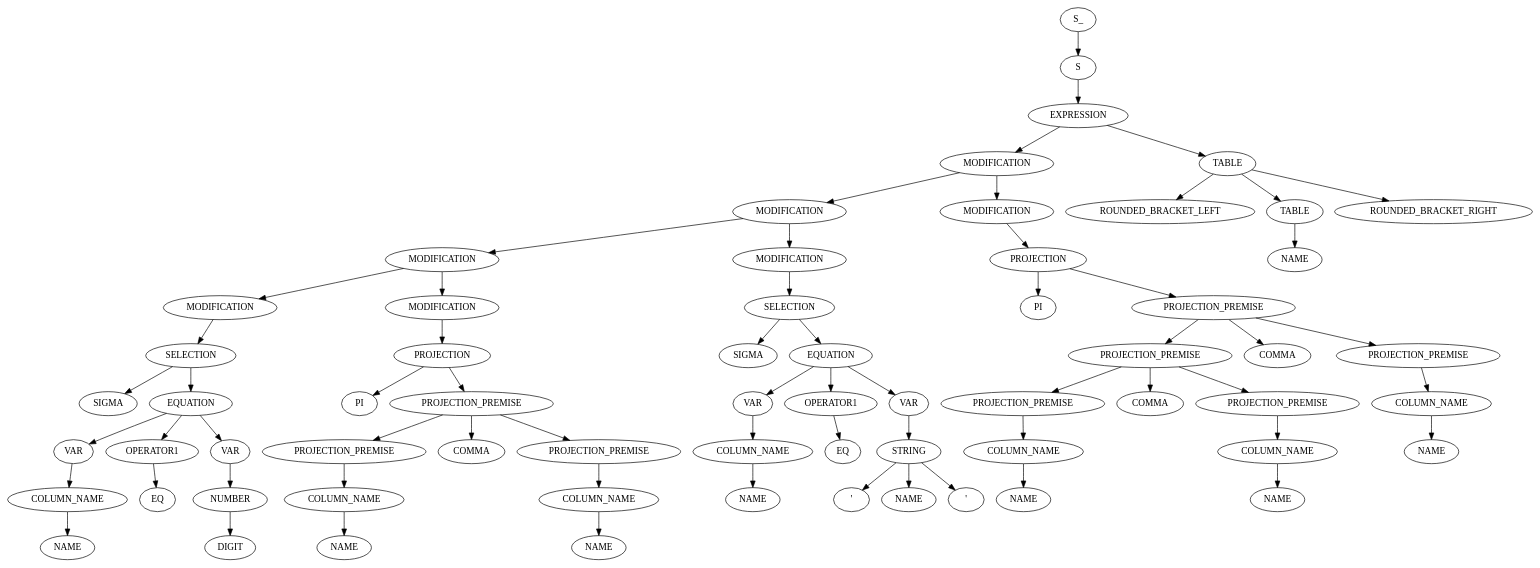
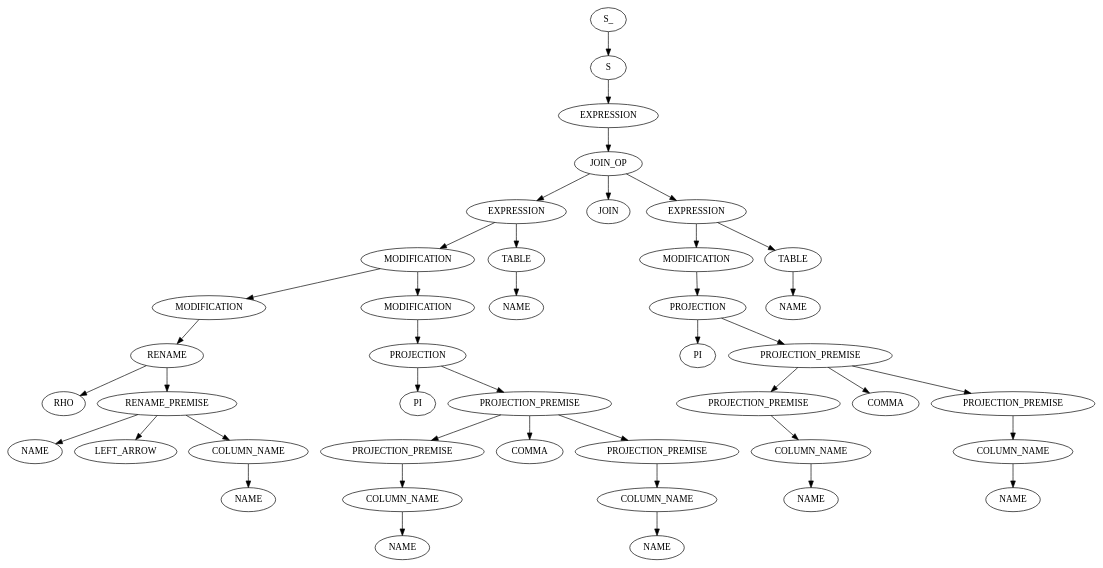
One commit to RobbeNooyens/RATSQL changed the diagram in output/out.dot. Above: the diagram before and after it, drawn with Graphviz. The commit also changed 4 other files, not shown here.

```diff
--- a/output/out.dot
+++ b/output/out.dot
@@ -1,129 +1,85 @@
 digraph ParseTree {
   0 [label="S_"];
   0 -> 1
   1 [label="S"];
   1 -> 2
   2 [label="EXPRESSION"];
   2 -> 3
-  3 [label="MODIFICATION"];
+  3 [label="JOIN_OP"];
   3 -> 4
-  4 [label="MODIFICATION"];
+  4 [label="EXPRESSION"];
   4 -> 5
   5 [label="MODIFICATION"];
   5 -> 6
   6 [label="MODIFICATION"];
   6 -> 7
-  7 [label="SELECTION"];
+  7 [label="RENAME"];
   7 -> 8
-  8 [label="SIGMA"];
+  8 [label="RHO"];
   7 -> 9
-  9 [label="EQUATION"];
+  9 [label="RENAME_PREMISE"];
   9 -> 10
-  10 [label="VAR"];
-  10 -> 11
-  11 [label="COLUMN_NAME"];
-  11 -> 12
-  12 [label="NAME"];
-  9 -> 13
-  13 [label="OPERATOR1"];
-  13 -> 14
-  14 [label="EQ"];
-  9 -> 15
-  15 [label="VAR"];
+  10 [label="NAME"];
+  9 -> 11
+  11 [label="LEFT_ARROW"];
+  9 -> 12
+  12 [label="COLUMN_NAME"];
+  12 -> 13
+  13 [label="NAME"];
+  5 -> 14
+  14 [label="MODIFICATION"];
+  14 -> 15
+  15 [label="PROJECTION"];
   15 -> 16
-  16 [label="NUMBER"];
-  16 -> 17
-  17 [label="DIGIT"];
-  5 -> 18
-  18 [label="MODIFICATION"];
+  16 [label="PI"];
+  15 -> 17
+  17 [label="PROJECTION_PREMISE"];
+  17 -> 18
+  18 [label="PROJECTION_PREMISE"];
   18 -> 19
-  19 [label="PROJECTION"];
+  19 [label="COLUMN_NAME"];
   19 -> 20
-  20 [label="PI"];
-  19 -> 21
-  21 [label="PROJECTION_PREMISE"];
-  21 -> 22
+  20 [label="NAME"];
+  17 -> 21
+  21 [label="COMMA"];
+  17 -> 22
   22 [label="PROJECTION_PREMISE"];
   22 -> 23
   23 [label="COLUMN_NAME"];
   23 -> 24
   24 [label="NAME"];
-  21 -> 25
-  25 [label="COMMA"];
-  21 -> 26
-  26 [label="PROJECTION_PREMISE"];
-  26 -> 27
-  27 [label="COLUMN_NAME"];
-  27 -> 28
-  28 [label="NAME"];
-  4 -> 29
+  4 -> 25
+  25 [label="TABLE"];
+  25 -> 26
+  26 [label="NAME"];
+  3 -> 27
+  27 [label="JOIN"];
+  3 -> 28
+  28 [label="EXPRESSION"];
+  28 -> 29
   29 [label="MODIFICATION"];
   29 -> 30
-  30 [label="SELECTION"];
+  30 [label="PROJECTION"];
   30 -> 31
-  31 [label="SIGMA"];
+  31 [label="PI"];
   30 -> 32
-  32 [label="EQUATION"];
+  32 [label="PROJECTION_PREMISE"];
   32 -> 33
-  33 [label="VAR"];
+  33 [label="PROJECTION_PREMISE"];
   33 -> 34
   34 [label="COLUMN_NAME"];
   34 -> 35
   35 [label="NAME"];
   32 -> 36
-  36 [label="OPERATOR1"];
-  36 -> 37
-  37 [label="EQ"];
-  32 -> 38
-  38 [label="VAR"];
+  36 [label="COMMA"];
+  32 -> 37
+  37 [label="PROJECTION_PREMISE"];
+  37 -> 38
+  38 [label="COLUMN_NAME"];
   38 -> 39
-  39 [label="STRING"];
-  39 -> 40
-  40 [label="'"];
-  39 -> 41
+  39 [label="NAME"];
+  28 -> 40
+  40 [label="TABLE"];
+  40 -> 41
   41 [label="NAME"];
-  39 -> 42
-  42 [label="'"];
-  3 -> 43
-  43 [label="MODIFICATION"];
-  43 -> 44
-  44 [label="PROJECTION"];
-  44 -> 45
-  45 [label="PI"];
-  44 -> 46
-  46 [label="PROJECTION_PREMISE"];
-  46 -> 47
-  47 [label="PROJECTION_PREMISE"];
-  47 -> 48
-  48 [label="PROJECTION_PREMISE"];
-  48 -> 49
-  49 [label="COLUMN_NAME"];
-  49 -> 50
-  50 [label="NAME"];
-  47 -> 51
-  51 [label="COMMA"];
-  47 -> 52
-  52 [label="PROJECTION_PREMISE"];
-  52 -> 53
-  53 [label="COLUMN_NAME"];
-  53 -> 54
-  54 [label="NAME"];
-  46 -> 55
-  55 [label="COMMA"];
-  46 -> 56
-  56 [label="PROJECTION_PREMISE"];
-  56 -> 57
-  57 [label="COLUMN_NAME"];
-  57 -> 58
-  58 [label="NAME"];
-  2 -> 59
-  59 [label="TABLE"];
-  59 -> 60
-  60 [label="ROUNDED_BRACKET_LEFT"];
-  59 -> 61
-  61 [label="TABLE"];
-  61 -> 62
-  62 [label="NAME"];
-  59 -> 63
-  63 [label="ROUNDED_BRACKET_RIGHT"];
 }
```
